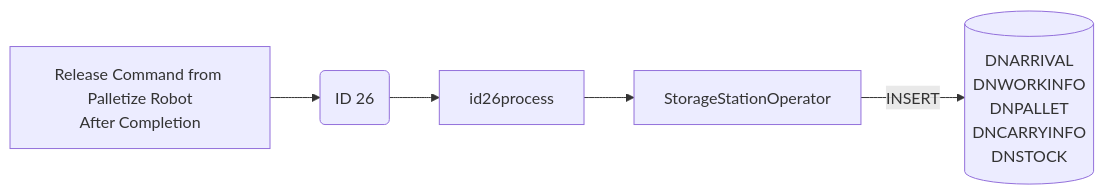
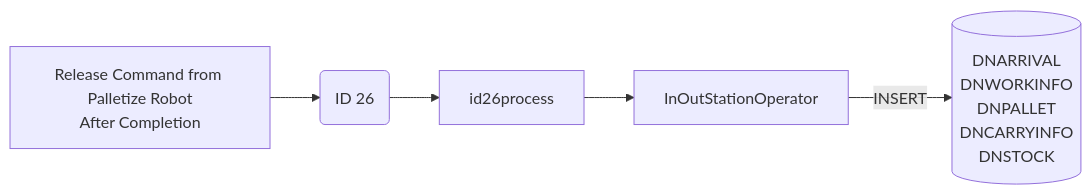
The second of 8 diagrams in Basic-Design/DFD-WMS/Storage/Unplanned-Storage/Irregular-Cases-%2D-Unplanned.md (luthfiadityaa/SimeDarby-Wiki), drawn with Mermaid before and after one commit. The commit also changed other lines of this file, not shown here.

```diff
--- a/Basic-Design/DFD-WMS/Storage/Unplanned-Storage/Irregular-Cases-%2D-Unplanned.md
+++ b/Basic-Design/DFD-WMS/Storage/Unplanned-Storage/Irregular-Cases-%2D-Unplanned.md
@@ -37,25 +37,25 @@
 ::: mermaid
 flowchart LR
 
 releaseCommand["
 Release Command from Palletize Robot
 After Completion 
 "]
 
 id26msg("
 ID 26
 ")
 
 id26-insert[("
    DNARRIVAL
    DNWORKINFO
    DNPALLET
    DNCARRYINFO
    DNSTOCK		
 ")]
 
-storageStationOperator[StorageStationOperator]
+storageStationOperator[InOutStationOperator]
 
 releaseCommand-->id26msg-->id26process-->storageStationOperator
 storageStationOperator--> |INSERT| id26-insert
 :::
```
